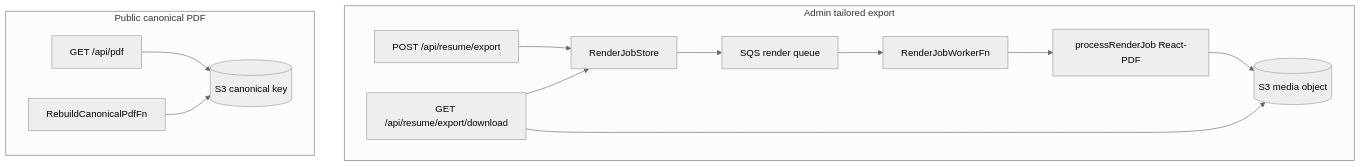
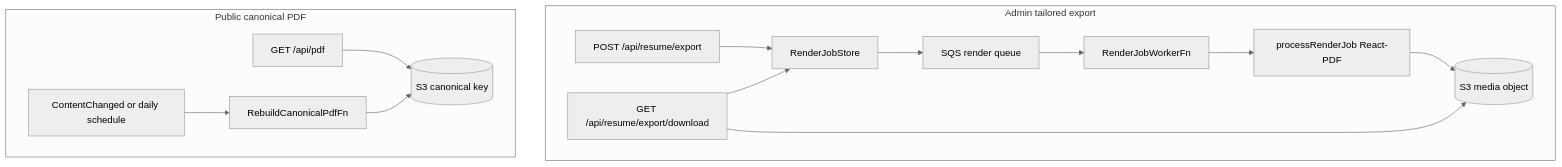
One commit to KhubaibQaiser/portfolio-v2 changed the diagram in docs/flows/resume-pdf.md. Above: the diagram before and after it, drawn with Mermaid (neutral theme). The commit also changed other lines of this file and 38 other files, not shown here.

````diff
--- a/docs/flows/resume-pdf.md
+++ b/docs/flows/resume-pdf.md
@@ -8,23 +9,24 @@
 ```mermaid
 flowchart TD
   subgraph admin [Admin tailored export]
     post[POST /api/resume/export]
     rstore[RenderJobStore]
     rsqs[SQS render queue]
     rworker[RenderJobWorkerFn]
     pdf[processRenderJob React-PDF]
     s3[(S3 media object)]
     dl[GET /api/resume/export/download]
     post --> rstore --> rsqs --> rworker --> pdf --> s3
     dl --> rstore
     dl --> s3
   end
 
   subgraph web [Public canonical PDF]
     get[GET /api/pdf]
     cache[(S3 canonical key)]
     rebuild[RebuildCanonicalPdfFn]
+    trigger["ContentChanged or daily schedule"]
     get --> cache
-    rebuild --> cache
+    trigger --> rebuild --> cache
   end
 ```
````
